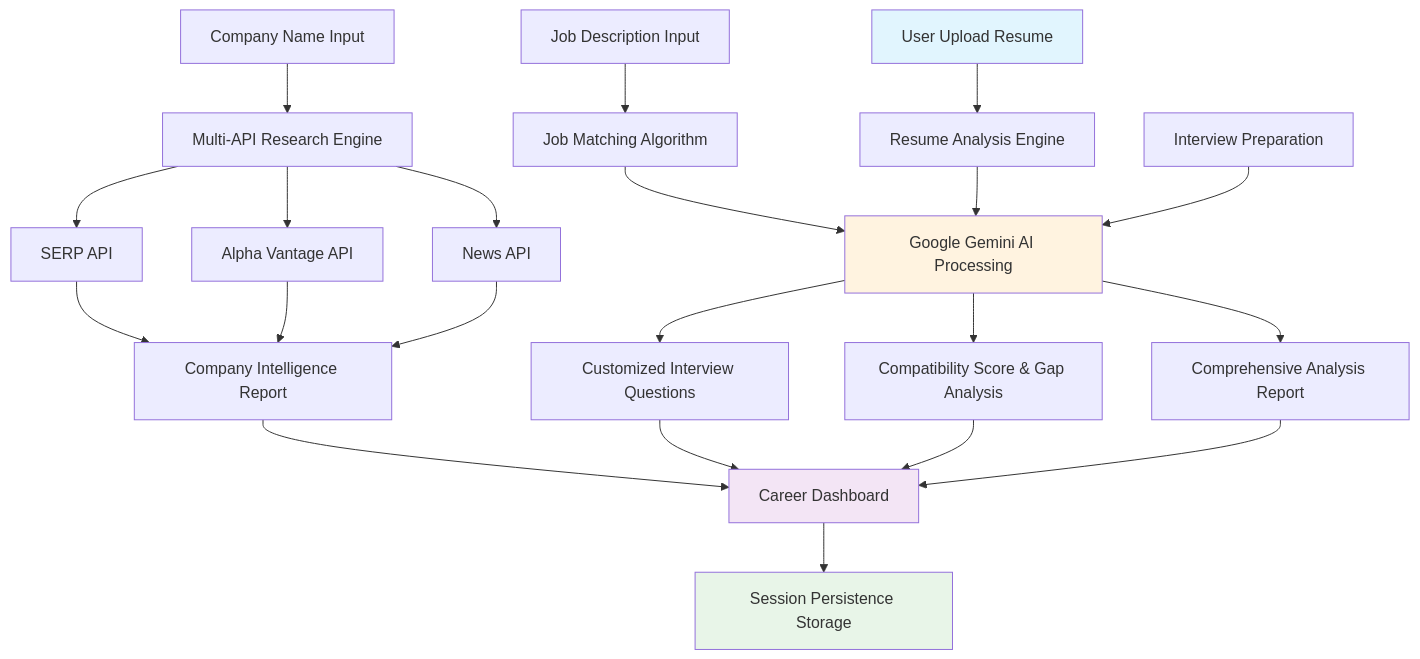
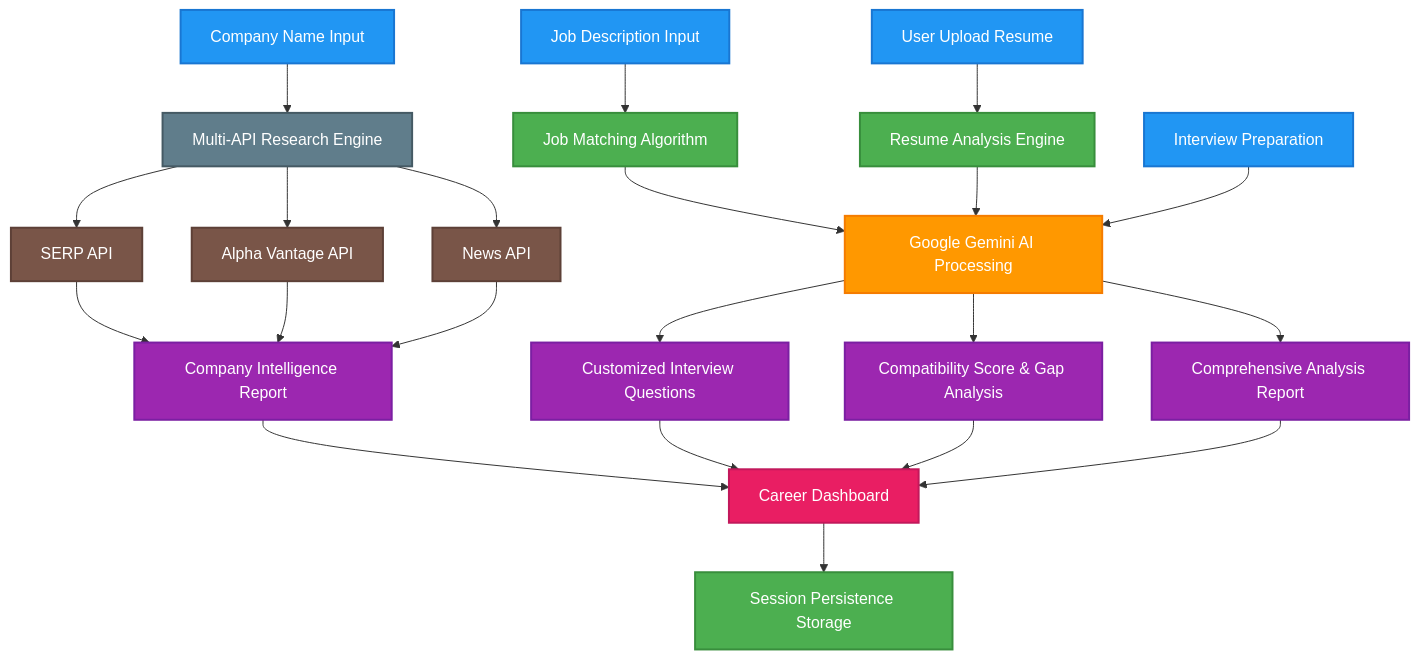
The diagram in README.md (KshitizCodeHub/HireEdge_AI), drawn with Mermaid before and after one commit.

````diff
--- a/README.md
+++ b/README.md
@@ -12,33 +12,46 @@
 ```mermaid
 graph TB
     A[User Upload Resume] --> B[Resume Analysis Engine]
     B --> C[Google Gemini AI Processing]
     C --> D[Comprehensive Analysis Report]
     
     E[Job Description Input] --> F[Job Matching Algorithm]
     F --> C
     C --> G[Compatibility Score & Gap Analysis]
     
     H[Company Name Input] --> I[Multi-API Research Engine]
     I --> J[News API]
     I --> K[Alpha Vantage API]
     I --> L[SERP API]
     J --> M[Company Intelligence Report]
     K --> M
     L --> M
     
     N[Interview Preparation] --> C
     C --> O[Customized Interview Questions]
     
     D --> P[Career Dashboard]
     G --> P
     M --> P
     O --> P
     
     P --> Q[Session Persistence Storage]
     
-    style A fill:#e1f5fe
-    style C fill:#fff3e0
-    style P fill:#f3e5f5
-    style Q fill:#e8f5e8
+    style A fill:#2196F3,stroke:#1976D2,stroke-width:2px,color:#fff
+    style B fill:#4CAF50,stroke:#388E3C,stroke-width:2px,color:#fff
+    style C fill:#FF9800,stroke:#F57C00,stroke-width:2px,color:#fff
+    style D fill:#9C27B0,stroke:#7B1FA2,stroke-width:2px,color:#fff
+    style E fill:#2196F3,stroke:#1976D2,stroke-width:2px,color:#fff
+    style F fill:#4CAF50,stroke:#388E3C,stroke-width:2px,color:#fff
+    style G fill:#9C27B0,stroke:#7B1FA2,stroke-width:2px,color:#fff
+    style H fill:#2196F3,stroke:#1976D2,stroke-width:2px,color:#fff
+    style I fill:#607D8B,stroke:#455A64,stroke-width:2px,color:#fff
+    style J fill:#795548,stroke:#5D4037,stroke-width:2px,color:#fff
+    style K fill:#795548,stroke:#5D4037,stroke-width:2px,color:#fff
+    style L fill:#795548,stroke:#5D4037,stroke-width:2px,color:#fff
+    style M fill:#9C27B0,stroke:#7B1FA2,stroke-width:2px,color:#fff
+    style N fill:#2196F3,stroke:#1976D2,stroke-width:2px,color:#fff
+    style O fill:#9C27B0,stroke:#7B1FA2,stroke-width:2px,color:#fff
+    style P fill:#E91E63,stroke:#C2185B,stroke-width:2px,color:#fff
+    style Q fill:#4CAF50,stroke:#388E3C,stroke-width:2px,color:#fff
 ```
````
